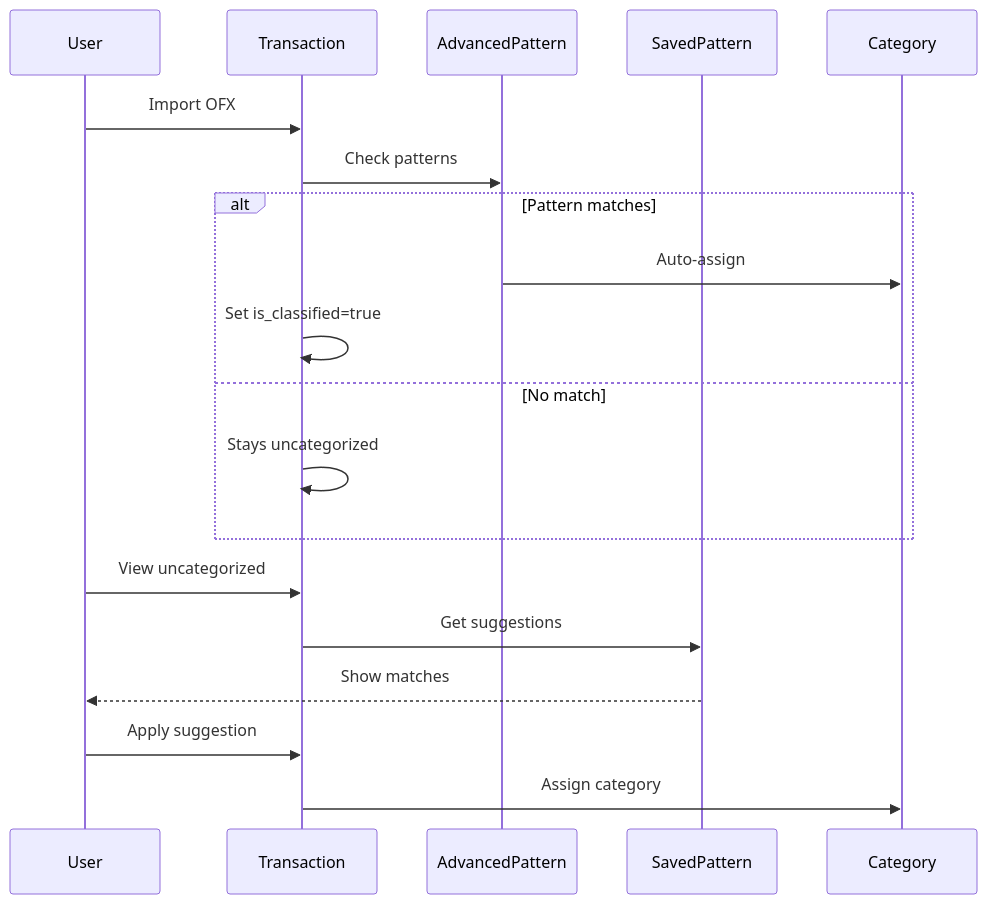
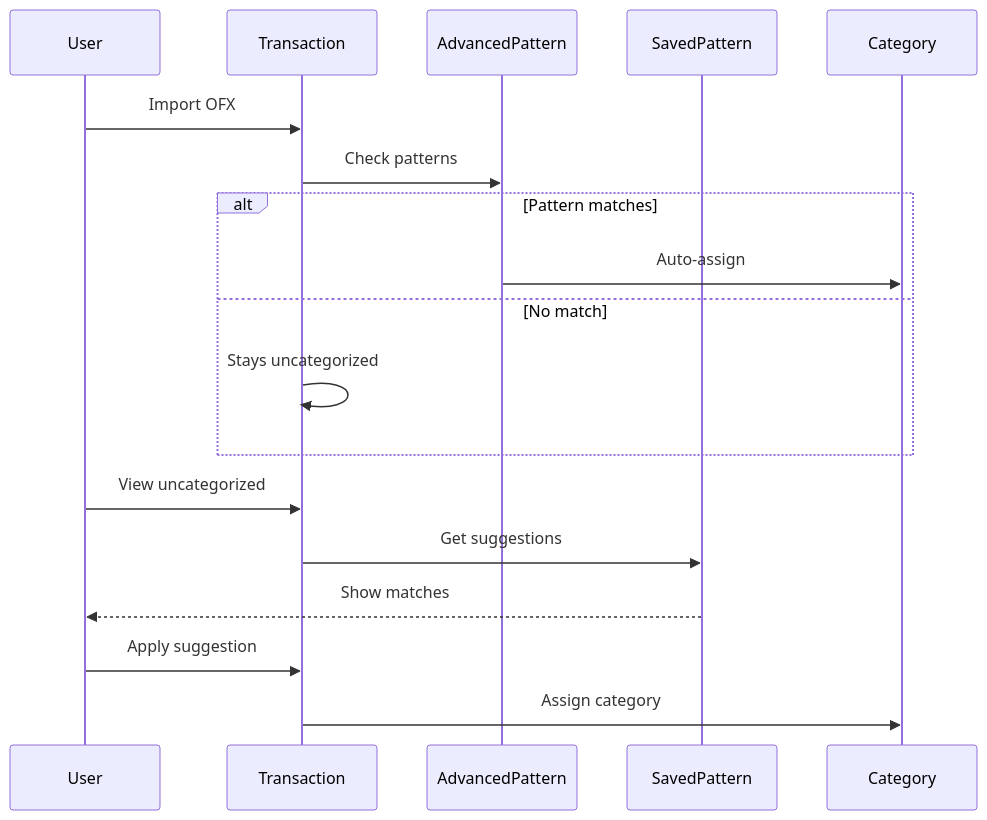
One commit to lucastamoios/celeiro changed the second of 2 diagrams in docs/domains.md. Above: the diagram before and after it, drawn with Mermaid. The commit also changed other lines of this file and 36 other files, not shown here.

````diff
--- a/docs/domains.md
+++ b/docs/domains.md
@@ -221,23 +131,22 @@
 ```mermaid
 sequenceDiagram
     participant U as User
     participant TX as Transaction
     participant AP as AdvancedPattern
     participant SP as SavedPattern
     participant CAT as Category
 
     U->>TX: Import OFX
     TX->>AP: Check patterns
     alt Pattern matches
         AP->>CAT: Auto-assign
-        TX->>TX: Set is_classified=true
     else No match
         TX->>TX: Stays uncategorized
     end
 
     U->>TX: View uncategorized
     TX->>SP: Get suggestions
     SP-->>U: Show matches
     U->>TX: Apply suggestion
     TX->>CAT: Assign category
 ```
````
